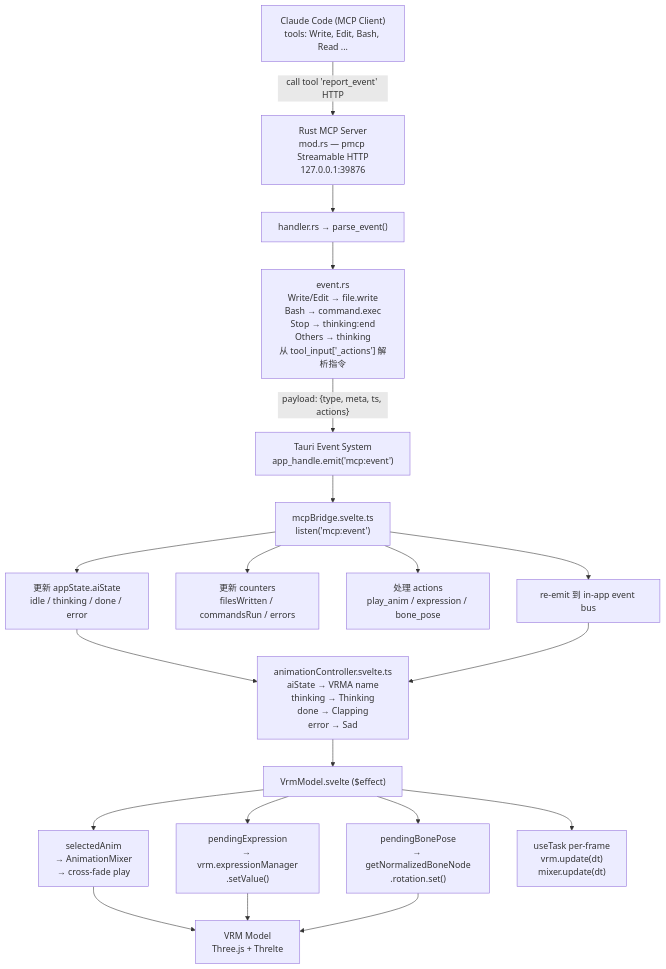
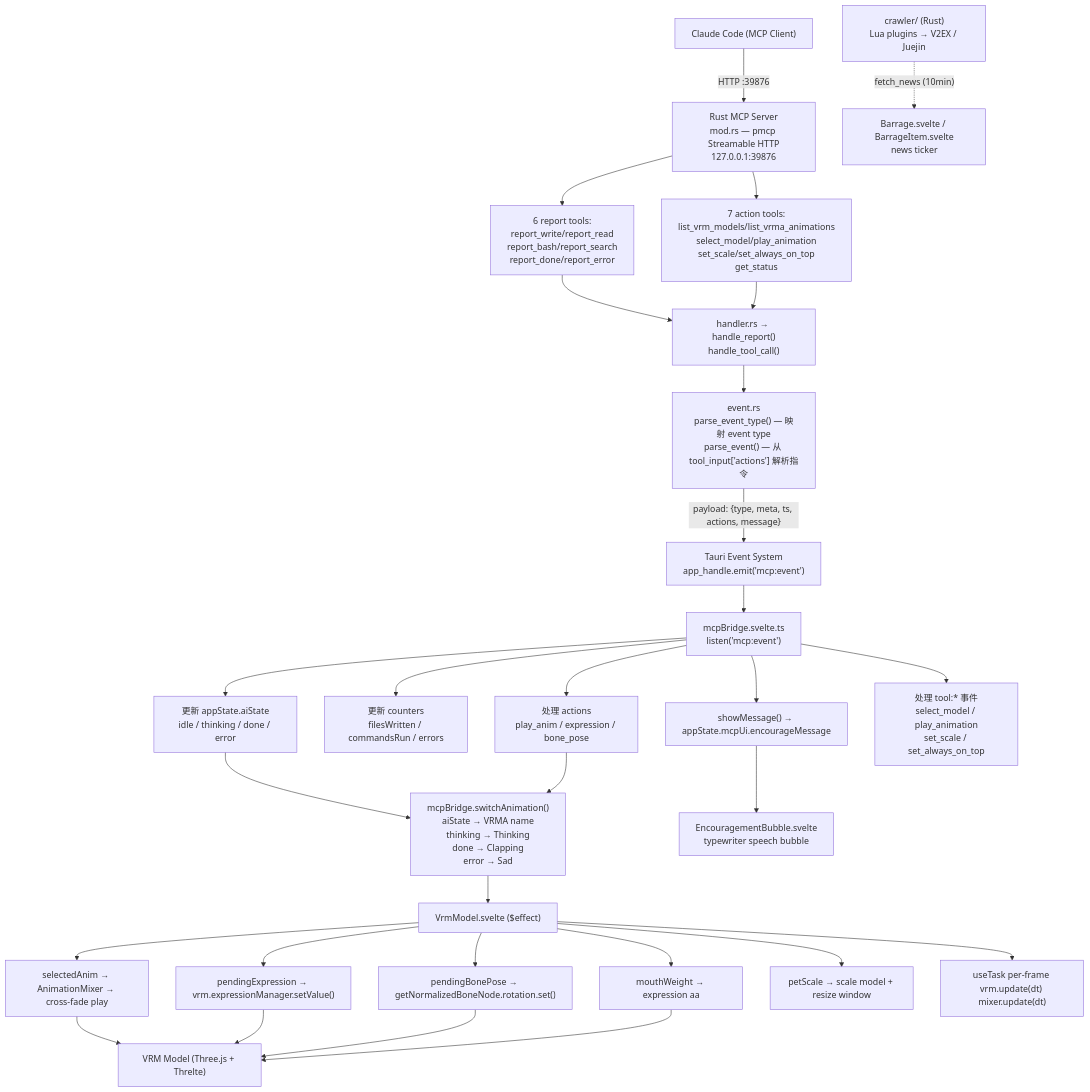
Before and after one commit to beancookie/vibe-break: the first of 3 diagrams in docs/plan.md, drawn with Mermaid. The commit also changed other lines of this file and 2 other files, not shown here.

````diff
--- a/docs/plan.md
+++ b/docs/plan.md
@@ -15,31 +15,42 @@
 ```mermaid
 flowchart TD
-  A["Claude Code (MCP Client)<br/>tools: Write, Edit, Bash, Read ..."]
+  A["Claude Code (MCP Client)"]
   B["Rust MCP Server<br/>mod.rs — pmcp Streamable HTTP<br/>127.0.0.1:39876"]
-  C["handler.rs → parse_event()"]
-  D["event.rs<br/>Write/Edit → file.write<br/>Bash → command.exec<br/>Stop → thinking:end<br/>Others → thinking<br/>从 tool_input['_actions'] 解析指令"]
-  E["Tauri Event System<br/>app_handle.emit('mcp:event')"]
-  F["mcpBridge.svelte.ts<br/>listen('mcp:event')"]
-  G_1["更新 appState.aiState<br/>idle / thinking / done / error"]
-  G_2["更新 counters<br/>filesWritten / commandsRun / errors"]
-  G_3["处理 actions<br/>play_anim / expression / bone_pose"]
-  G_4["re‑emit 到 in‑app event bus"]
-  H["animationController.svelte.ts<br/>aiState → VRMA name<br/>thinking → Thinking<br/>done → Clapping<br/>error → Sad"]
-  I["VrmModel.svelte ($effect)"]
-  I_1["selectedAnim<br/>→ AnimationMixer<br/>→ cross‑fade play"]
-  I_2["pendingExpression<br/>→ vrm.expressionManager<br/>.setValue()"]
-  I_3["pendingBonePose<br/>→ getNormalizedBoneNode<br/>.rotation.set()"]
-  I_4["useTask per‑frame<br/>vrm.update(dt)<br/>mixer.update(dt)"]
-  J["VRM Model<br/>Three.js + Threlte"]
+  C1["6 report tools:<br/>report_write/report_read<br/>report_bash/report_search<br/>report_done/report_error"]
+  C2["7 action tools:<br/>list_vrm_models/list_vrma_animations<br/>select_model/play_animation<br/>set_scale/set_always_on_top<br/>get_status"]
+  D["handler.rs → handle_report()<br/>handle_tool_call()"]
+  E["event.rs<br/>parse_event_type() — 映射 event type<br/>parse_event() — 从 tool_input['actions'] 解析指令"]
+  F["Tauri Event System<br/>app_handle.emit('mcp:event')"]
+  G["mcpBridge.svelte.ts<br/>listen('mcp:event')"]
+  H1["更新 appState.aiState<br/>idle / thinking / done / error"]
+  H2["更新 counters<br/>filesWritten / commandsRun / errors"]
+  H3["处理 actions<br/>play_anim / expression / bone_pose"]
+  H4["showMessage() → appState.mcpUi.encourageMessage"]
+  H5["处理 tool:* 事件<br/>select_model / play_animation<br/>set_scale / set_always_on_top"]
+  I["mcpBridge.switchAnimation()<br/>aiState → VRMA name<br/>thinking → Thinking<br/>done → Clapping<br/>error → Sad"]
+  J["VrmModel.svelte ($effect)"]
+  J1["selectedAnim → AnimationMixer → cross‑fade play"]
+  J2["pendingExpression → vrm.expressionManager.setValue()"]
+  J3["pendingBonePose → getNormalizedBoneNode.rotation.set()"]
+  J4["mouthWeight → expression aa"]
+  J5["petScale → scale model + resize window"]
+  J6["useTask per‑frame vrm.update(dt) mixer.update(dt)"]
+  K["VRM Model (Three.js + Threlte)"]
+  L["EncouragementBubble.svelte<br/>typewriter speech bubble"]
+  M["Barrage.svelte / BarrageItem.svelte<br/>news ticker"]
+  N["crawler/ (Rust)<br/>Lua plugins → V2EX / Juejin"]
 
-  A -- "call tool 'report_event' HTTP" --> B
-  B --> C
-  C --> D
-  D -- "payload: {type, meta, ts, actions}" --> E
-  E --> F
-  F --> G_1 & G_2 & G_3 & G_4
-  G_1 & G_4 --> H
-  H --> I
-  I --> I_1 & I_2 & I_3 & I_4
-  I_1 & I_2 & I_3 --> J
+  A -- "HTTP :39876" --> B
+  B --> C1 & C2
+  C1 & C2 --> D
+  D --> E
+  E -- "payload: {type, meta, ts, actions, message}" --> F
+  F --> G
+  G --> H1 & H2 & H3 & H4 & H5
+  H1 & H3 --> I
+  I --> J
+  J --> J1 & J2 & J3 & J4 & J5 & J6
+  J1 & J2 & J3 & J4 --> K
+  H4 --> L
+  N -. "fetch_news (10min)" .-> M
 ```
````
